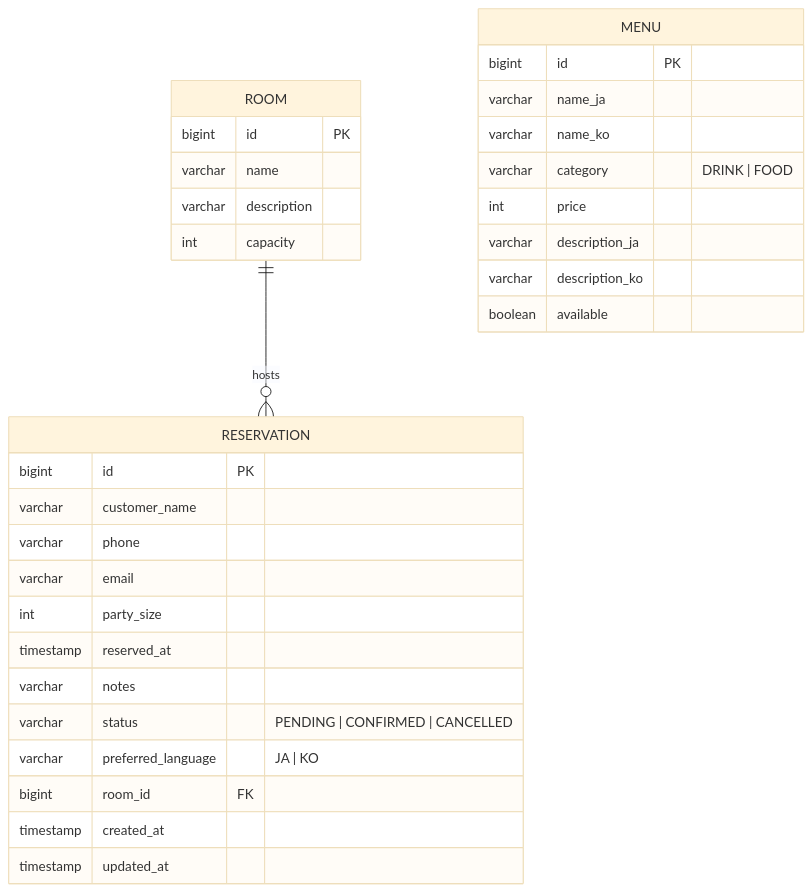
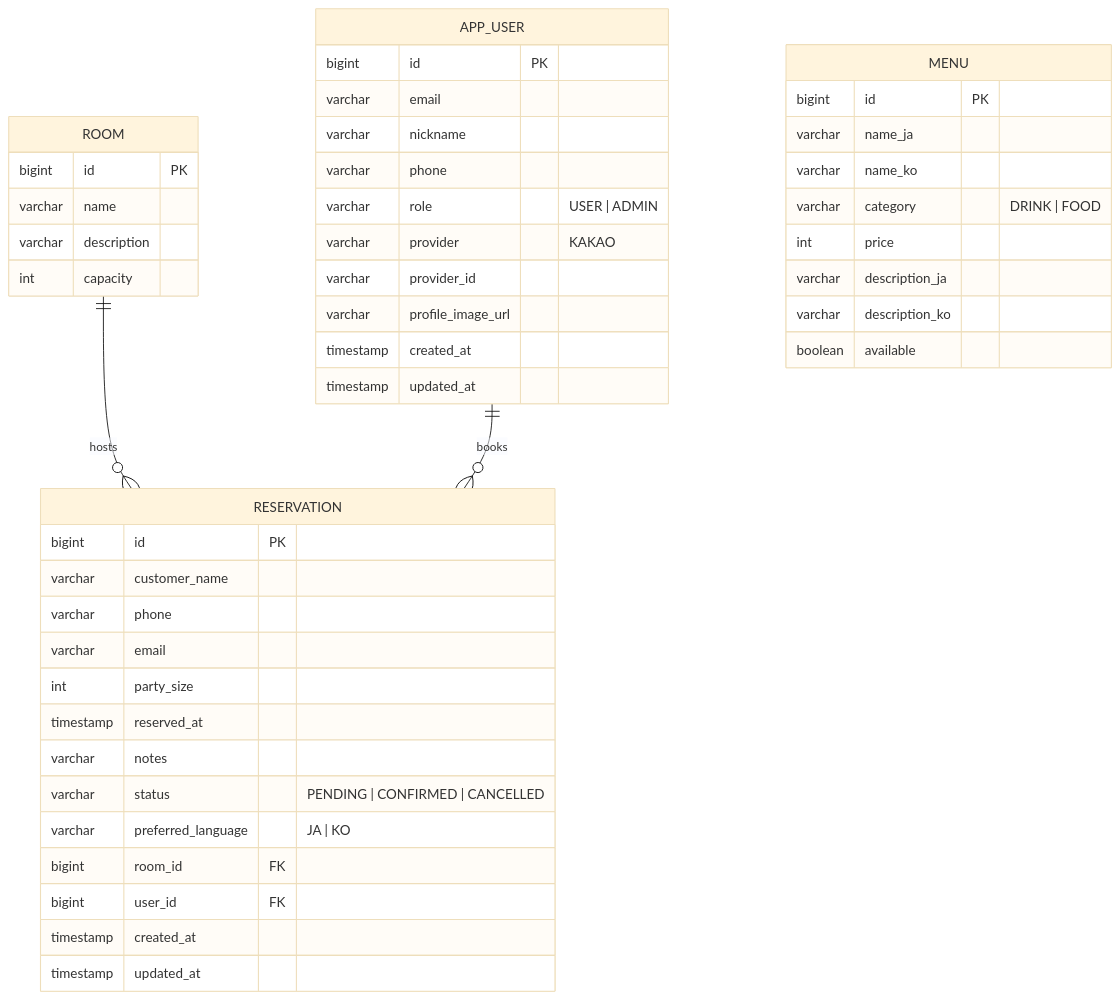
The diagram in docs/erd.md (solisnyx/myroom), drawn with Mermaid (base theme) before and after one commit. The commit also changed other lines of this file and 33 other files, not shown here.

````diff
--- a/docs/erd.md
+++ b/docs/erd.md
@@ -3,37 +3,52 @@
 ```mermaid
 erDiagram
-    ROOM ||--o{ RESERVATION : "hosts"
+    ROOM     ||--o{ RESERVATION : "hosts"
+    APP_USER ||--o{ RESERVATION : "books"
 
     ROOM {
         bigint      id PK
         varchar     name
         varchar     description
         int         capacity
     }
 
     MENU {
         bigint      id PK
         varchar     name_ja
         varchar     name_ko
         varchar     category "DRINK | FOOD"
         int         price
         varchar     description_ja
         varchar     description_ko
         boolean     available
     }
 
+    APP_USER {
+        bigint      id PK
+        varchar     email
+        varchar     nickname
+        varchar     phone
+        varchar     role "USER | ADMIN"
+        varchar     provider "KAKAO"
+        varchar     provider_id
+        varchar     profile_image_url
+        timestamp   created_at
+        timestamp   updated_at
+    }
+
     RESERVATION {
         bigint      id PK
         varchar     customer_name
         varchar     phone
         varchar     email
         int         party_size
         timestamp   reserved_at
         varchar     notes
         varchar     status "PENDING | CONFIRMED | CANCELLED"
         varchar     preferred_language "JA | KO"
         bigint      room_id FK
+        bigint      user_id FK
         timestamp   created_at
         timestamp   updated_at
     }
 ```
````
